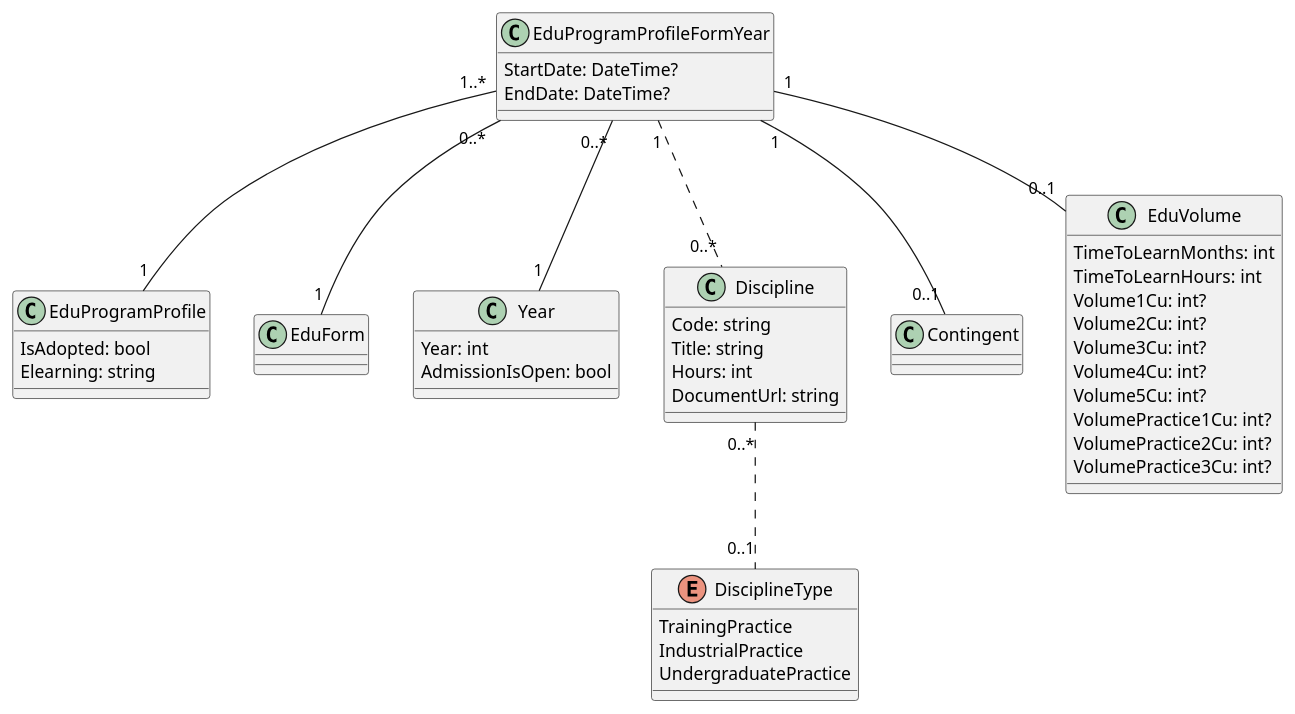
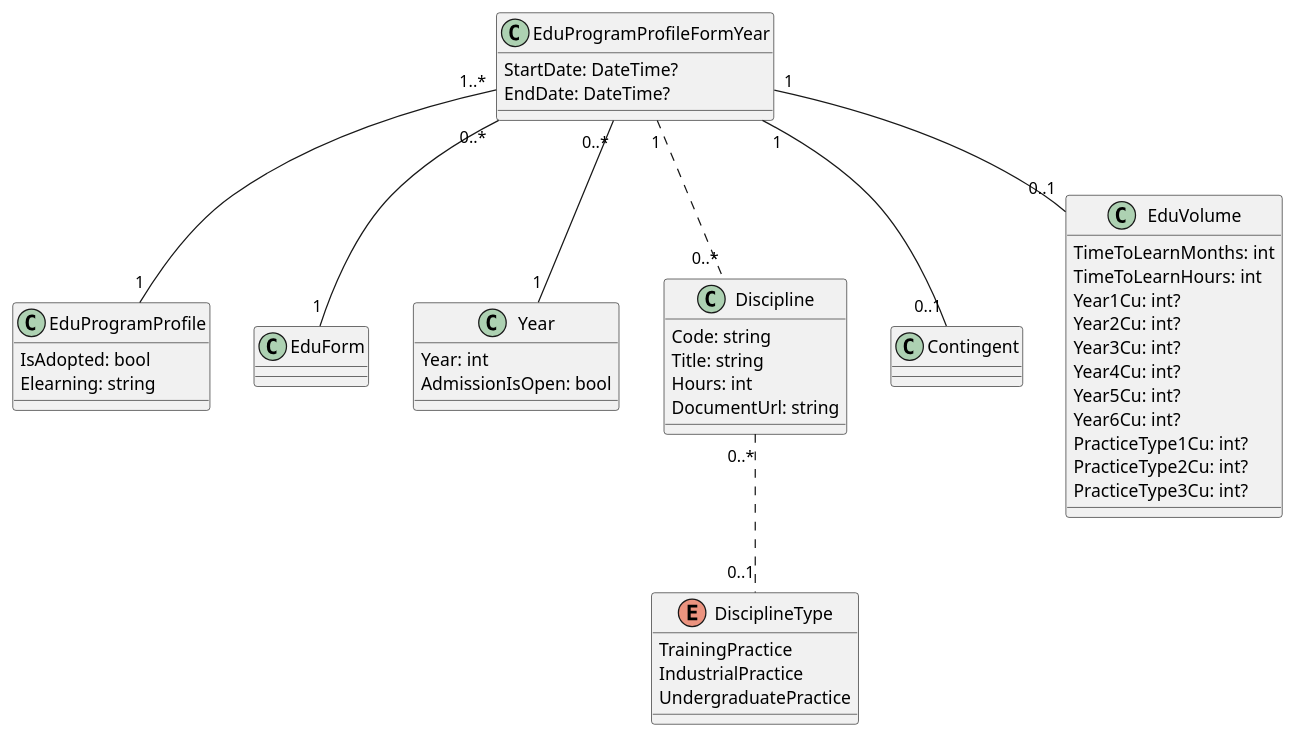
Before and after one commit to r7-labs/R7.University: the diagram in doc/EduVolume.puml, drawn with PlantUML. The commit also changed 6 other files, not shown here.

```diff
--- a/doc/EduVolume.puml
+++ b/doc/EduVolume.puml
@@ -1,53 +1,54 @@
 @startuml Volume of educational program
 
 EduProgramProfileFormYear "1..*" -- "1" EduProgramProfile
 EduProgramProfileFormYear "0..*" -- "1" EduForm
 EduProgramProfileFormYear "0..*" -- "1" Year
 EduProgramProfileFormYear "1" .. "0..*" Discipline
 Discipline "0..*" .. "0..1" DisciplineType
 
 EduProgramProfileFormYear "1" -- "0..1" Contingent
 EduProgramProfileFormYear "1" -- "0..1" EduVolume
 
 class EduProgramProfile {
     IsAdopted: bool
     Elearning: string
 }
 
 class EduVolume {
     TimeToLearnMonths: int
     TimeToLearnHours: int
-    Volume1Cu: int?
-    Volume2Cu: int?
-    Volume3Cu: int?
-    Volume4Cu: int?
-    Volume5Cu: int?
-    VolumePractice1Cu: int?
-    VolumePractice2Cu: int?
-    VolumePractice3Cu: int?
+    Year1Cu: int?
+    Year2Cu: int?
+    Year3Cu: int?
+    Year4Cu: int?
+    Year5Cu: int?
+    Year6Cu: int?
+    PracticeType1Cu: int?
+    PracticeType2Cu: int?
+    PracticeType3Cu: int?
 }
 
 class Year {
     Year: int
     AdmissionIsOpen: bool
 }
 
 class EduProgramProfileFormYear {
     StartDate: DateTime?
     EndDate: DateTime?
 }
 
 class Discipline {
     Code: string
     Title: string
     Hours: int
     DocumentUrl: string
 }
 
 enum DisciplineType {
     TrainingPractice
     IndustrialPractice
     UndergraduatePractice
 }
 
 @enduml
```
